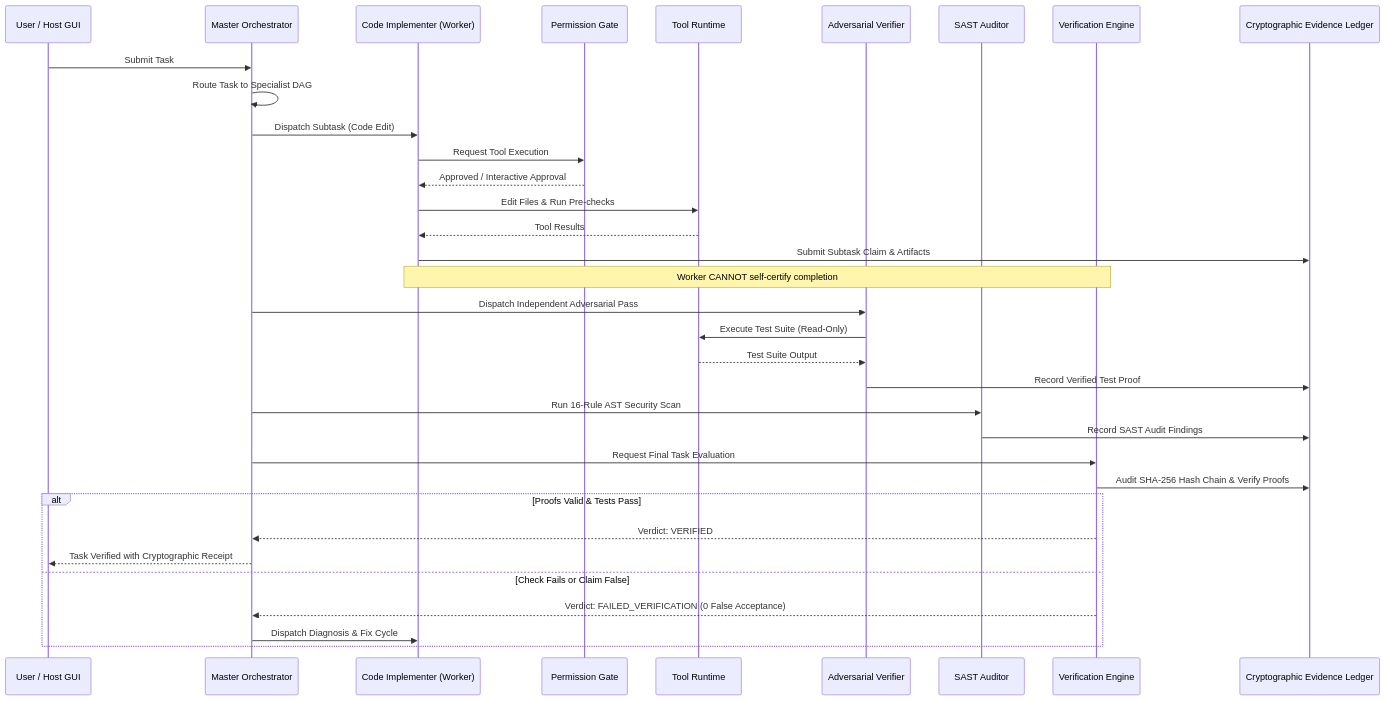
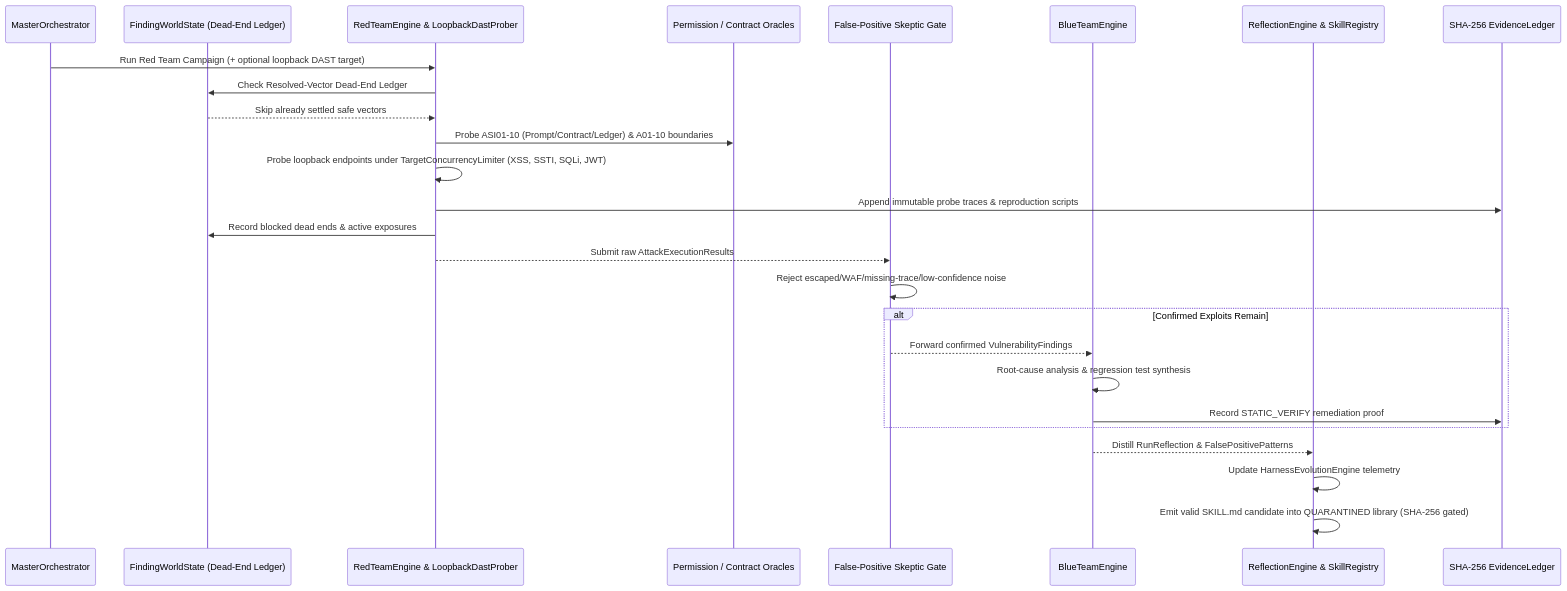
The second of 3 diagrams in README.md (SairajMN/TERMINUS), drawn with Mermaid before and after one commit. The commit also changed other lines of this file and 26 other files, not shown here.

Commit message:
feat(security): add loopback DAST prober, resolved-vector dead-end ledger, skeptic gate, reflection loop, README docs, and bump to v0.4.0

````diff
--- a/README.md
+++ b/README.md
@@ -167,37 +138,29 @@
 ```mermaid
 sequenceDiagram
-    participant User as User / Host GUI
-    participant Orch as Master Orchestrator
-    participant Implementer as Code Implementer (Worker)
-    participant Perm as Permission Gate
-    participant Tools as Tool Runtime
-    participant Verifier as Adversarial Verifier
-    participant SAST as SAST Auditor
-    participant Engine as Verification Engine
-    participant Ledger as Cryptographic Evidence Ledger
+    participant Orch as MasterOrchestrator
+    participant World as FindingWorldState (Dead-End Ledger)
+    participant Red as RedTeamEngine & LoopbackDastProber
+    participant Perm as Permission / Contract Oracles
+    participant Skeptic as False-Positive Skeptic Gate
+    participant Blue as BlueTeamEngine
+    participant Refl as ReflectionEngine & SkillRegistry
+    participant Ledger as SHA-256 EvidenceLedger
 
-    User->>Orch: Submit Task
-    Orch->>Orch: Route Task to Specialist DAG
-    Orch->>Implementer: Dispatch Subtask (Code Edit)
-    Implementer->>Perm: Request Tool Execution
-    Perm-->>Implementer: Approved / Interactive Approval
-    Implementer->>Tools: Edit Files & Run Pre-checks
-    Tools-->>Implementer: Tool Results
-    Implementer->>Ledger: Submit Subtask Claim & Artifacts
-    Note over Implementer,Engine: Worker CANNOT self-certify completion
-    Orch->>Verifier: Dispatch Independent Adversarial Pass
-    Verifier->>Tools: Execute Test Suite (Read-Only)
-    Tools-->>Verifier: Test Suite Output
-    Verifier->>Ledger: Record Verified Test Proof
-    Orch->>SAST: Run 16-Rule AST Security Scan
-    SAST->>Ledger: Record SAST Audit Findings
-    Orch->>Engine: Request Final Task Evaluation
-    Engine->>Ledger: Audit SHA-256 Hash Chain & Verify Proofs
-    alt Proofs Valid & Tests Pass
-        Engine-->>Orch: Verdict: VERIFIED
-        Orch-->>User: Task Verified with Cryptographic Receipt
-    else Check Fails or Claim False
-        Engine-->>Orch: Verdict: FAILED_VERIFICATION (0 False Acceptance)
-        Orch->>Implementer: Dispatch Diagnosis & Fix Cycle
+    Orch->>Red: Run Red Team Campaign (+ optional loopback DAST target)
+    Red->>World: Check Resolved-Vector Dead-End Ledger
+    World-->>Red: Skip already settled safe vectors
+    Red->>Perm: Probe ASI01-10 (Prompt/Contract/Ledger) & A01-10 boundaries
+    Red->>Red: Probe loopback endpoints under TargetConcurrencyLimiter (XSS, SSTI, SQLi, JWT)
+    Red->>Ledger: Append immutable probe traces & reproduction scripts
+    Red->>World: Record blocked dead ends & active exposures
+    Red-->>Skeptic: Submit raw AttackExecutionResults
+    Skeptic->>Skeptic: Reject escaped/WAF/missing-trace/low-confidence noise
+    alt Confirmed Exploits Remain
+        Skeptic-->>Blue: Forward confirmed VulnerabilityFindings
+        Blue->>Blue: Root-cause analysis & regression test synthesis
+        Blue->>Ledger: Record STATIC_VERIFY remediation proof
     end
+    Blue-->>Refl: Distill RunReflection & FalsePositivePatterns
+    Refl->>Refl: Update HarnessEvolutionEngine telemetry
+    Refl->>Refl: Emit valid SKILL.md candidate into QUARANTINED library (SHA-256 gated)
 ```
````
